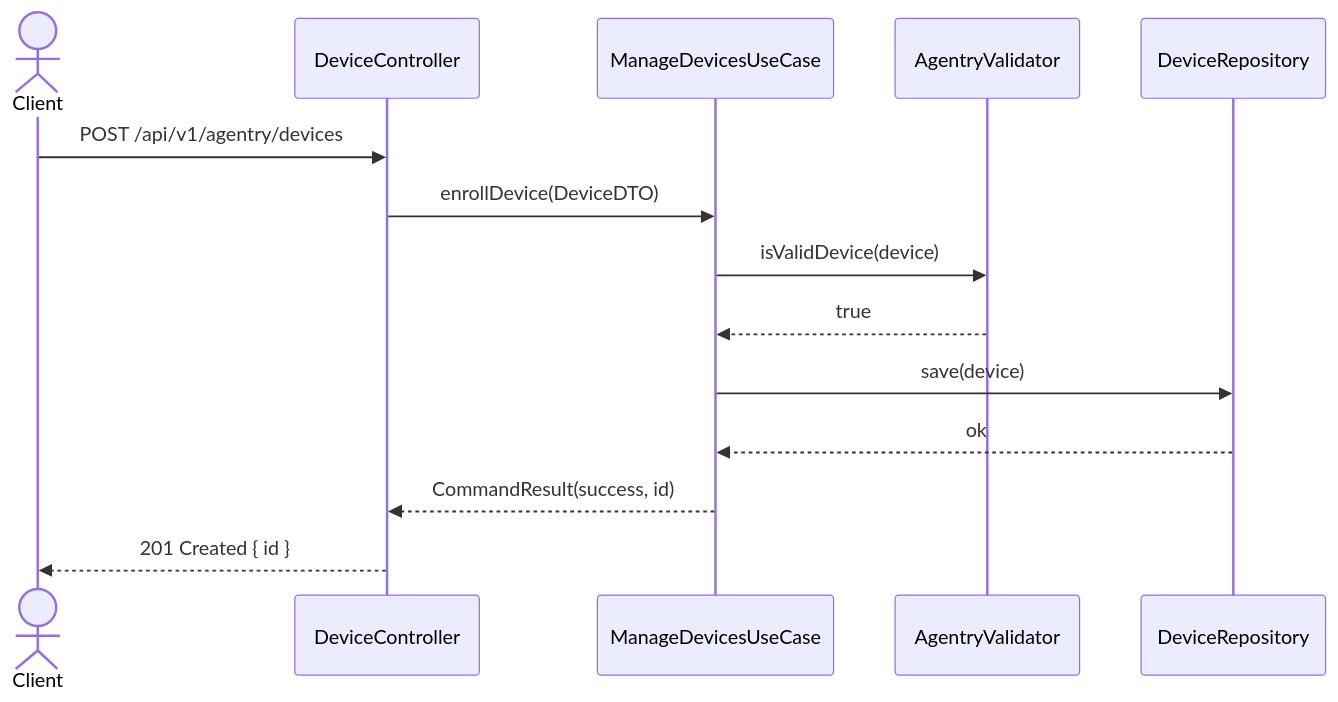
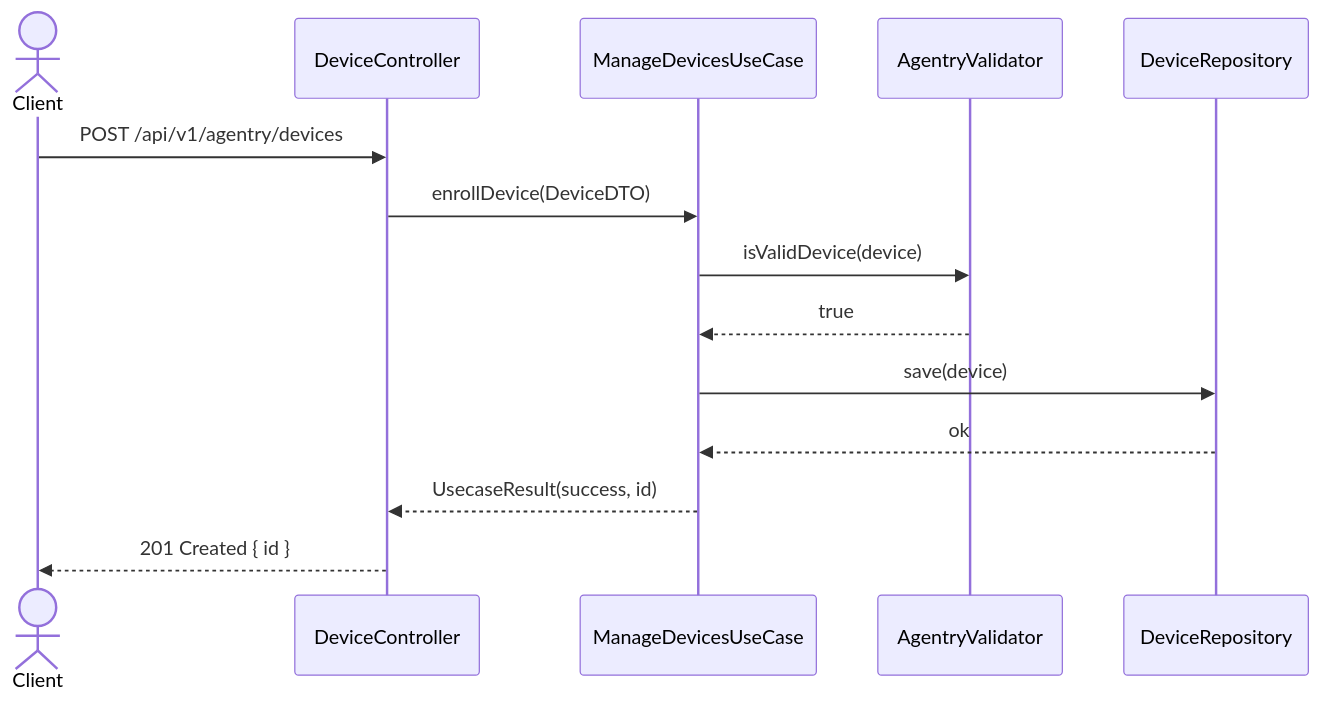
One commit to UIMSolutions/uim-platform changed the third of 6 diagrams in agentry/UML.md. Above: the diagram before and after it, drawn with Mermaid. The commit also changed other lines of this file and 907 other files, not shown here.

Commit message:
Rename CommandResult

````diff
--- a/agentry/UML.md
+++ b/agentry/UML.md
@@ -128,17 +128,17 @@
 ```mermaid
 sequenceDiagram
     actor Client
     participant DC as DeviceController
     participant UC as ManageDevicesUseCase
     participant V as AgentryValidator
     participant R as DeviceRepository
 
     Client->>DC: POST /api/v1/agentry/devices
     DC->>UC: enrollDevice(DeviceDTO)
     UC->>V: isValidDevice(device)
     V-->>UC: true
     UC->>R: save(device)
     R-->>UC: ok
-    UC-->>DC: CommandResult(success, id)
+    UC-->>DC: UsecaseResult(success, id)
     DC-->>Client: 201 Created { id }
 ```
````
